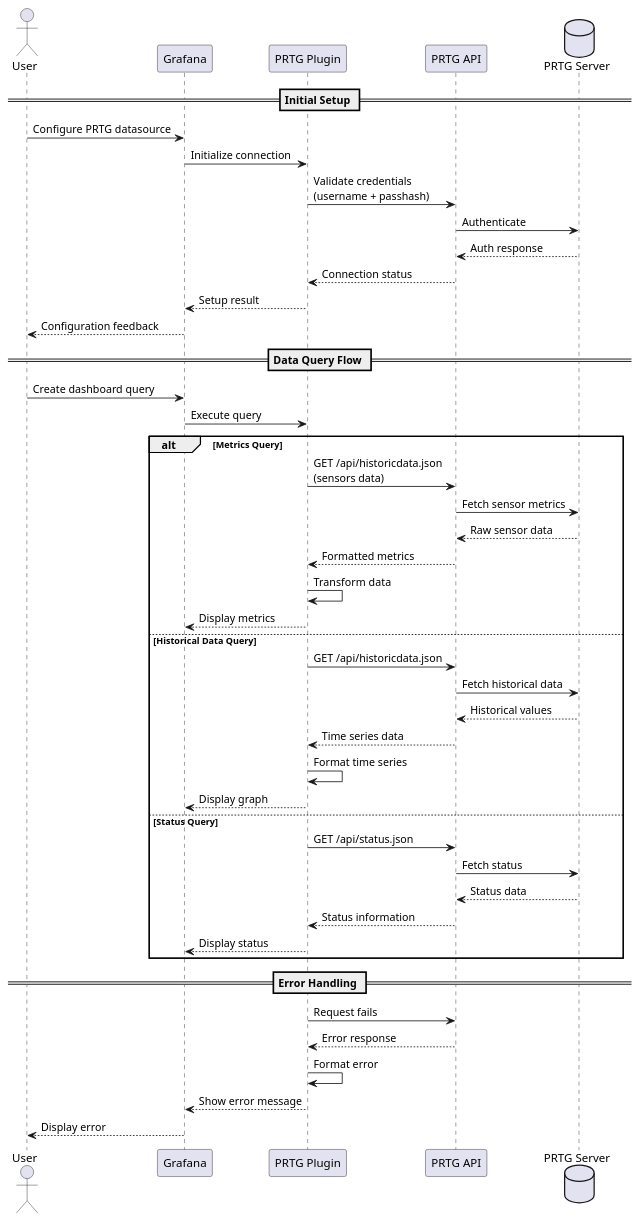
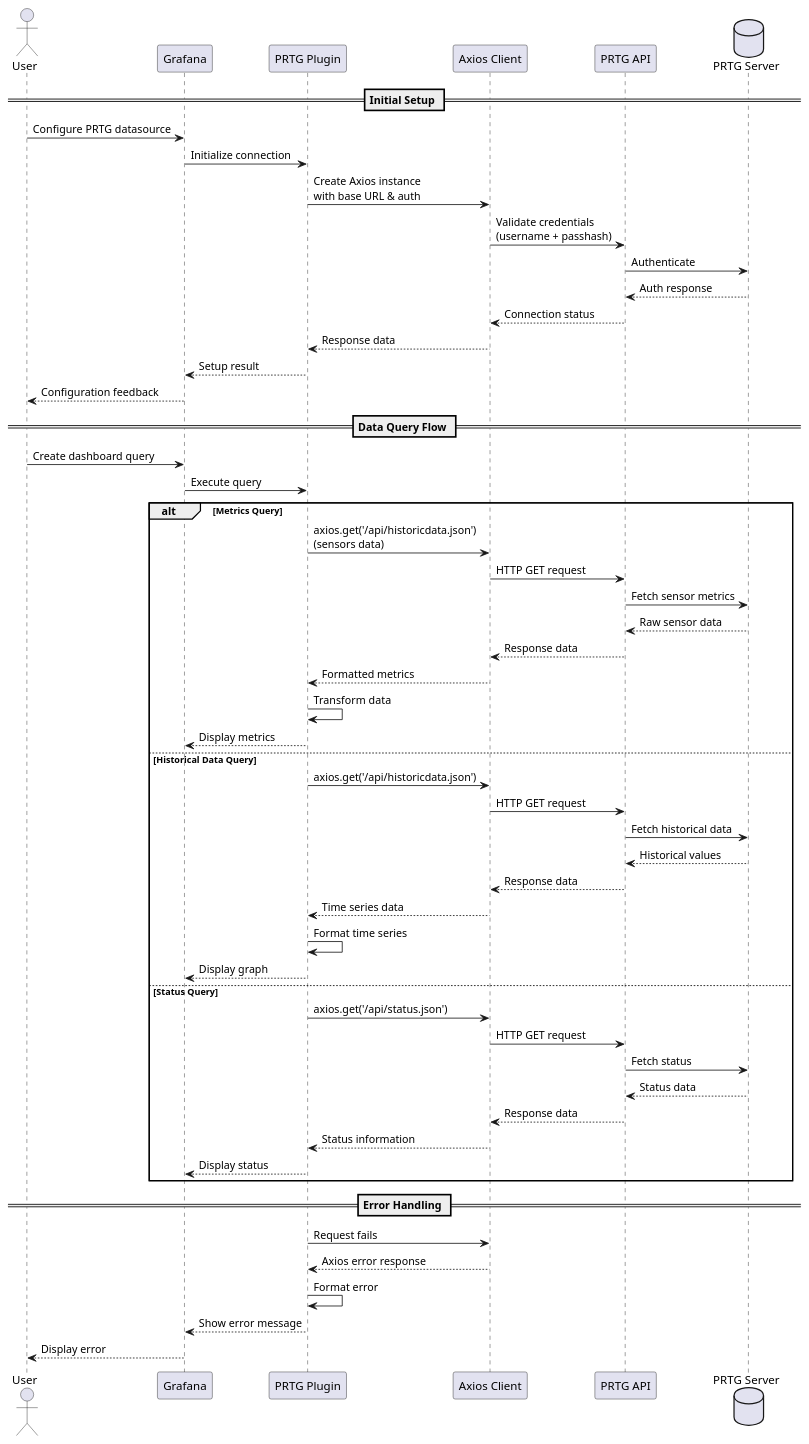
The diagram in _doku/Sequenzdiagramm/sequenz.plantuml (1DeliDolu/maxmarkusprogram-prtg-datasource), drawn with PlantUML before and after one commit. The commit also changed 4 other files, not shown here.

```diff
--- a/_doku/Sequenzdiagramm/sequenz.plantuml
+++ b/_doku/Sequenzdiagramm/sequenz.plantuml
@@ -1,54 +1,63 @@
 @startuml PRTG API Interaction Flow
 
 actor User
 participant Grafana
 participant "PRTG Plugin" as Plugin
+participant "Axios Client" as Axios
 participant "PRTG API" as API
 database "PRTG Server" as Server
 
 == Initial Setup ==
 User -> Grafana: Configure PRTG datasource
 Grafana -> Plugin: Initialize connection
-Plugin -> API: Validate credentials\n(username + passhash)
+Plugin -> Axios: Create Axios instance\nwith base URL & auth
+Axios -> API: Validate credentials\n(username + passhash)
 API -> Server: Authenticate
 Server --> API: Auth response
-API --> Plugin: Connection status
+API --> Axios: Connection status
+Axios --> Plugin: Response data
 Plugin --> Grafana: Setup result
 Grafana --> User: Configuration feedback
 
 == Data Query Flow ==
 User -> Grafana: Create dashboard query
 Grafana -> Plugin: Execute query
 
 alt Metrics Query
-    Plugin -> API: GET /api/historicdata.json\n(sensors data)
+    Plugin -> Axios: axios.get('/api/historicdata.json')\n(sensors data)
+    Axios -> API: HTTP GET request
     API -> Server: Fetch sensor metrics
     Server --> API: Raw sensor data
-    API --> Plugin: Formatted metrics
+    API --> Axios: Response data
+    Axios --> Plugin: Formatted metrics
     Plugin -> Plugin: Transform data
     Plugin --> Grafana: Display metrics
 
 else Historical Data Query
-    Plugin -> API: GET /api/historicdata.json
+    Plugin -> Axios: axios.get('/api/historicdata.json')
+    Axios -> API: HTTP GET request
     API -> Server: Fetch historical data
     Server --> API: Historical values
-    API --> Plugin: Time series data
+    API --> Axios: Response data
+    Axios --> Plugin: Time series data
     Plugin -> Plugin: Format time series
     Plugin --> Grafana: Display graph
 
 else Status Query
-    Plugin -> API: GET /api/status.json
+    Plugin -> Axios: axios.get('/api/status.json')
+    Axios -> API: HTTP GET request
     API -> Server: Fetch status
     Server --> API: Status data
-    API --> Plugin: Status information
+    API --> Axios: Response data
+    Axios --> Plugin: Status information
     Plugin --> Grafana: Display status
 end
 
 == Error Handling ==
-Plugin -> API: Request fails
-API --> Plugin: Error response
+Plugin -> Axios: Request fails
+Axios --> Plugin: Axios error response
 Plugin -> Plugin: Format error
 Plugin --> Grafana: Show error message
 Grafana --> User: Display error
 
 @enduml
```
